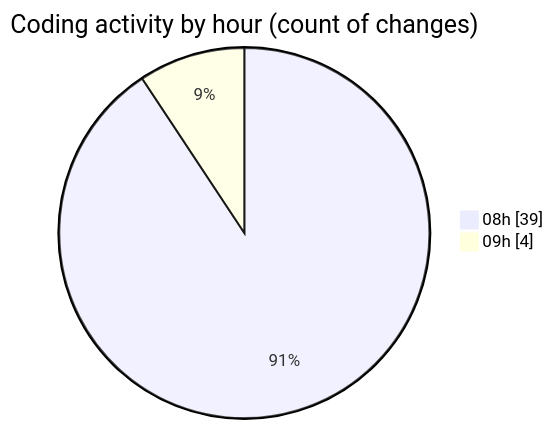
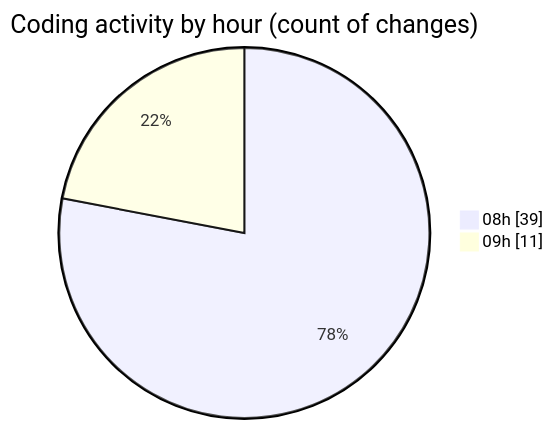
The second of 2 diagrams in 2025-05-16/ecodeli-1/README.md (CELIANVF/code-tracking), drawn with Mermaid before and after one commit. The commit also changed other lines of this file and 1 other file, not shown here.

````diff
--- a/2025-05-16/ecodeli-1/README.md
+++ b/2025-05-16/ecodeli-1/README.md
@@ -50,6 +51,6 @@
 ```mermaid
 pie showData
 title Coding activity by hour (count of changes)
 "08h" : 39
-"09h" : 4
+"09h" : 11
 ```
````
